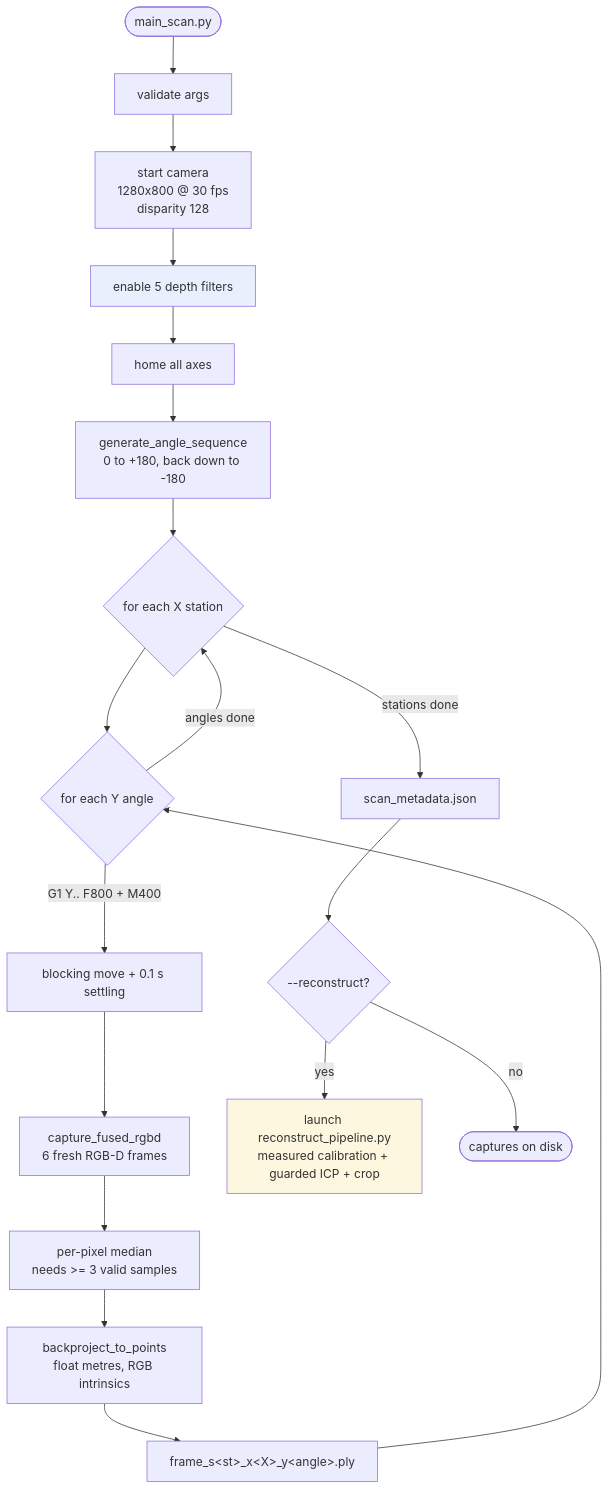
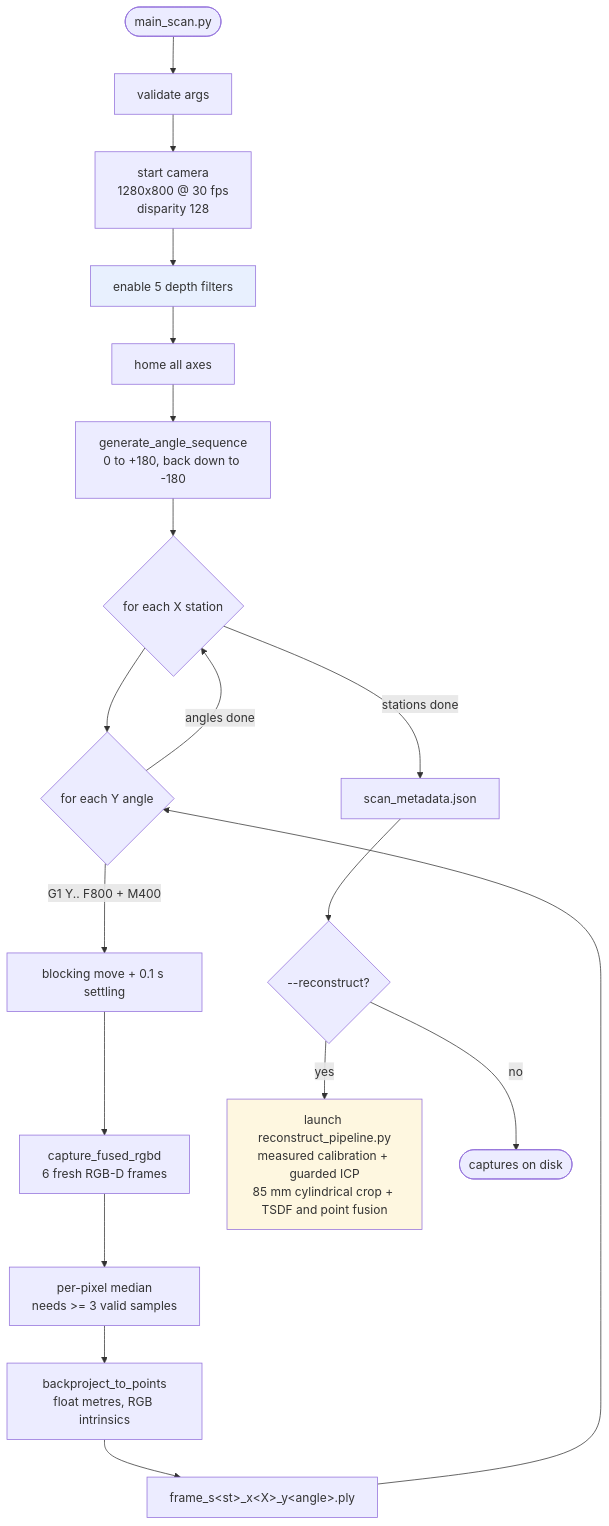
The third of 7 diagrams in scripts/sync_workflow/WORKFLOW.md (RishWijewardhena/Hena-Jet), drawn with Mermaid before and after one commit. The commit also changed other lines of this file and 1 other file, not shown here.

First line of the commit message:
docs(sync-workflow): describe active TSDF scan path

````diff
--- a/scripts/sync_workflow/WORKFLOW.md
+++ b/scripts/sync_workflow/WORKFLOW.md
@@ -102,25 +104,25 @@
 ```mermaid
 flowchart TD
     START([main_scan.py]) --> VAL[validate args]
     VAL --> CAM[start camera<br/>1280x800 @ 30 fps<br/>disparity 128]
     CAM --> FILT["enable 5 depth filters"]
     FILT --> HOME[home all axes]
     HOME --> PLAN["generate_angle_sequence<br/>0 to +180, back down to -180"]
 
     PLAN --> XLOOP{for each X station}
     XLOOP --> YLOOP{for each Y angle}
     YLOOP -->|"G1 Y.. F800 + M400"| SETTLE[blocking move + 0.1 s settling]
     SETTLE --> BURST["capture_fused_rgbd<br/>6 fresh RGB-D frames"]
     BURST --> FUSE["per-pixel median<br/>needs &gt;= 3 valid samples"]
     FUSE --> PROJ["backproject_to_points<br/>float metres, RGB intrinsics"]
     PROJ --> SAVE["frame_s&lt;st&gt;_x&lt;X&gt;_y&lt;angle&gt;.ply"]
     SAVE --> YLOOP
     YLOOP -->|angles done| XLOOP
     XLOOP -->|stations done| META[scan_metadata.json]
     META --> RECON{"--reconstruct?"}
-    RECON -->|yes| SUB["launch reconstruct_pipeline.py<br/>measured calibration + guarded ICP + crop"]
+    RECON -->|yes| SUB["launch reconstruct_pipeline.py<br/>measured calibration + guarded ICP<br/>85 mm cylindrical crop + TSDF and point fusion"]
     RECON -->|no| DONE([captures on disk])
 
     style FILT fill:#e8f0fe
     style SUB fill:#fef7e0
 ```
````
